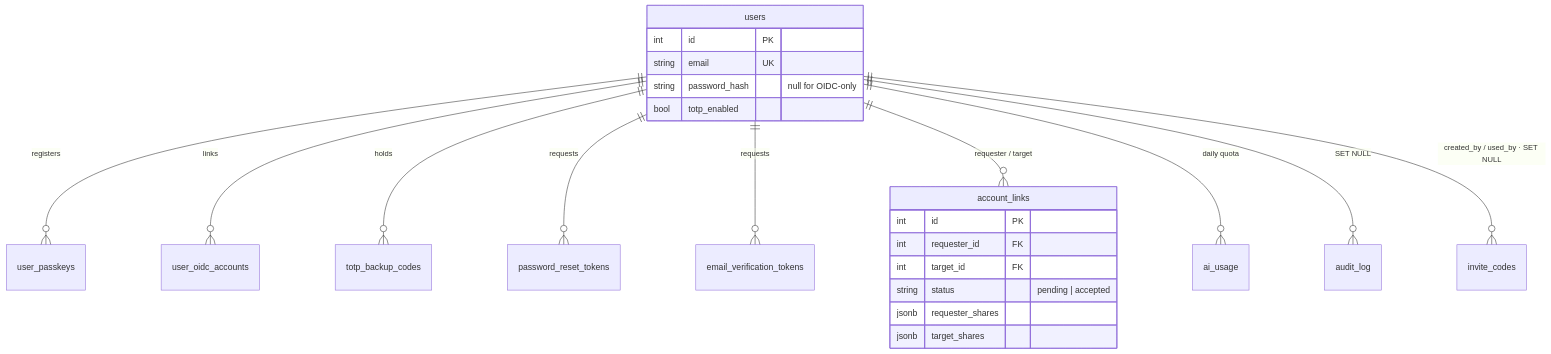
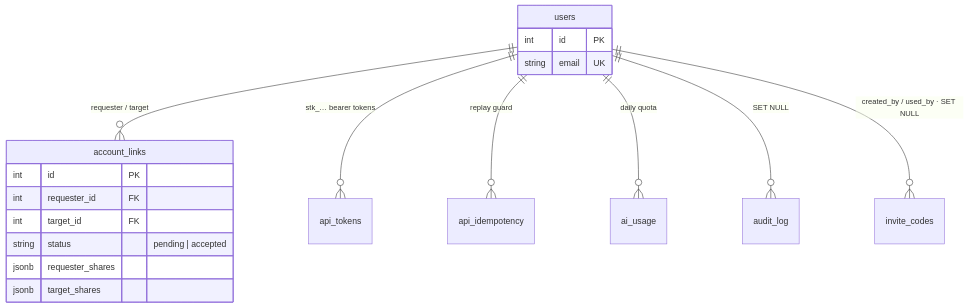
One commit to schaurian/schautrack changed the seventh of 8 diagrams in docs/architecture.md. Above: the diagram before and after it, drawn with Mermaid. The commit also changed other lines of this file, not shown here.

First line of the commit message:
docs(architecture): refresh for the public API, drop line citations

````diff
--- a/docs/architecture.md
+++ b/docs/architecture.md
@@ -318,27 +369,22 @@
 ```mermaid
 erDiagram
-    users ||--o{ user_passkeys : registers
-    users ||--o{ user_oidc_accounts : links
-    users ||--o{ totp_backup_codes : holds
-    users ||--o{ password_reset_tokens : requests
-    users ||--o{ email_verification_tokens : requests
     users ||--o{ account_links : "requester / target"
+    users ||--o{ api_tokens : "stk_… bearer tokens"
+    users ||--o{ api_idempotency : "replay guard"
     users ||--o{ ai_usage : "daily quota"
     users ||--o{ audit_log : "SET NULL"
     users ||--o{ invite_codes : "created_by / used_by · SET NULL"
 
     users {
         int id PK
         string email UK
-        string password_hash "null for OIDC-only"
-        bool totp_enabled
     }
     account_links {
         int id PK
         int requester_id FK
         int target_id FK
         string status "pending | accepted"
         jsonb requester_shares
         jsonb target_shares
     }
 ```
````
